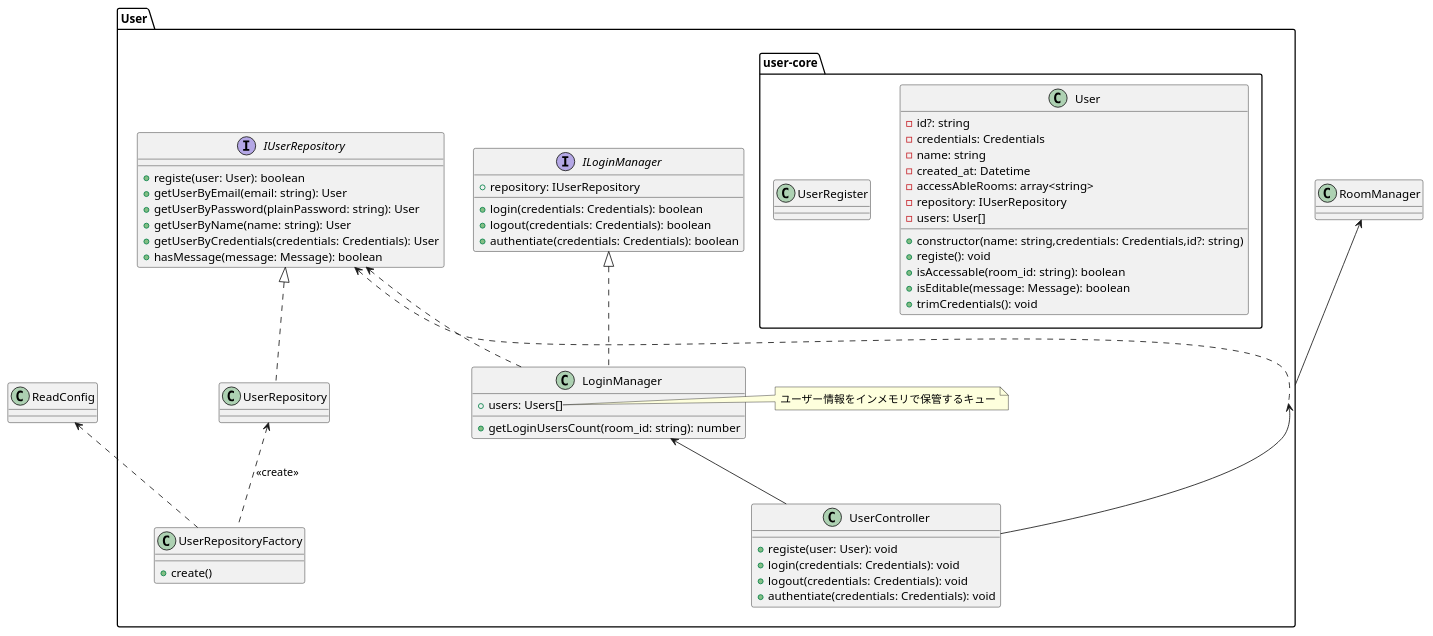
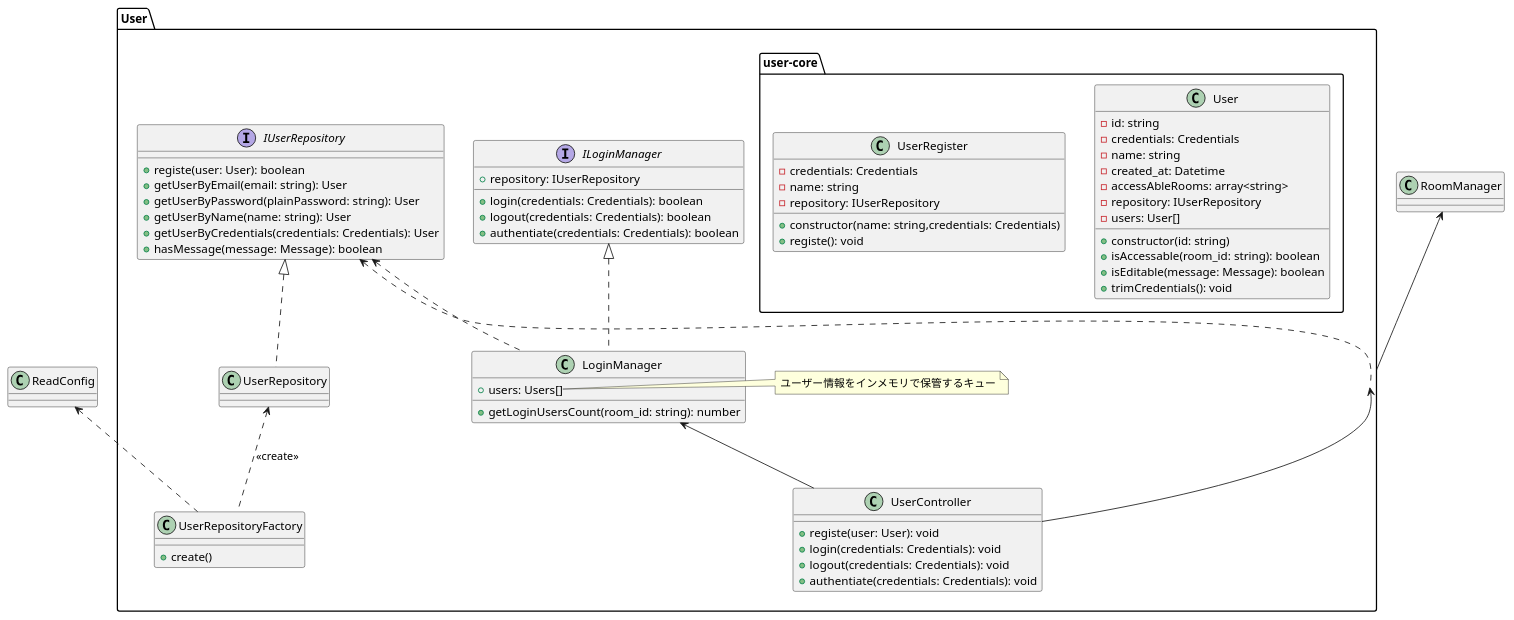
One commit to TOnodera/chatterman changed the diagram in documents/plantUML/クラス図/サーバー/クラス図User.wsd. Above: the diagram before and after it, drawn with PlantUML. The commit also changed 30 other files, not shown here.

```diff
--- a/documents/plantUML/クラス図/サーバー/クラス図User.wsd
+++ b/documents/plantUML/クラス図/サーバー/クラス図User.wsd
@@ -1,76 +1,79 @@
 @startuml
 
 package User{
 
     package user-core{
         
         class User{
-            -id?: string
+            -id: string
             -credentials: Credentials
             -name: string
             -created_at: Datetime
             -accessAbleRooms: array<string>
             -repository: IUserRepository
             -users: User[]
-            +constructor(name: string,credentials: Credentials,id?: string)
-            +registe(): void
+            +constructor(id: string)
             +isAccessable(room_id: string): boolean
             +isEditable(message: Message): boolean
             +trimCredentials(): void
         }
 
         class UserRegister{
-            
+            -credentials: Credentials
+            -name: string
+            -repository: IUserRepository
+            +constructor(name: string,credentials: Credentials)
+            +registe(): void
         }
     }
 
     Interface ILoginManager{
         +repository: IUserRepository
         +login(credentials: Credentials): boolean
         +logout(credentials: Credentials): boolean
         +authentiate(credentials: Credentials): boolean
     }
 
     class LoginManager{
         +users: Users[]
         +getLoginUsersCount(room_id: string): number
     }
     note right of LoginManager::users
     ユーザー情報をインメモリで保管するキュー
     endnote
 
     Interface IUserRepository{
         +registe(user: User): boolean
         +getUserByEmail(email: string): User
         +getUserByPassword(plainPassword: string): User
         +getUserByName(name: string): User
         +getUserByCredentials(credentials: Credentials): User
         +hasMessage(message: Message): boolean
     }
 
     class UserRepository
 
     class UserController{
         +registe(user: User): void
         +login(credentials: Credentials): void
         +logout(credentials: Credentials): void
         +authentiate(credentials: Credentials): void
     }
 
     class UserRepositoryFactory{
         +create()
     }
 
 }
 
 User <-- UserController
 ILoginManager <|.. LoginManager
 IUserRepository <.. User
 IUserRepository <.. LoginManager
 ReadConfig <.. UserRepositoryFactory
 IUserRepository <|.. UserRepository
 UserRepository <.. UserRepositoryFactory : <<create>>
 LoginManager <-- UserController
 RoomManager <-- User
 
 @enduml
```
